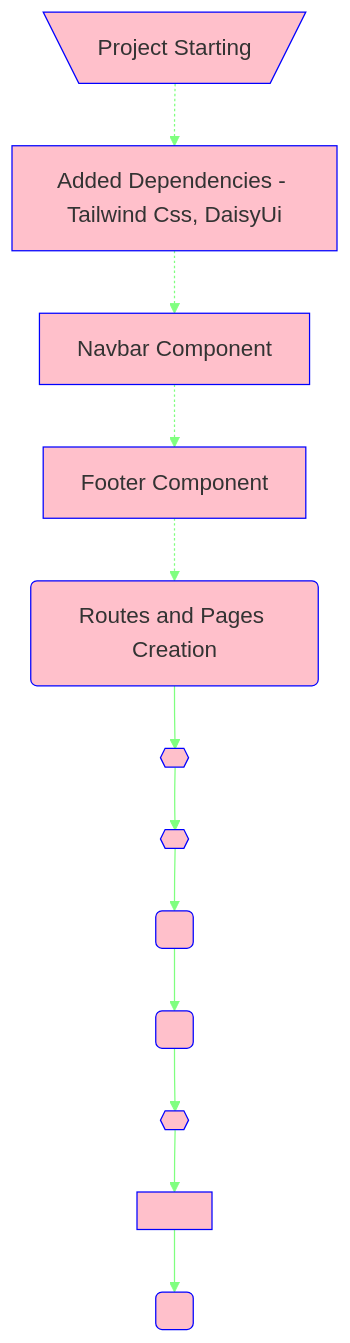
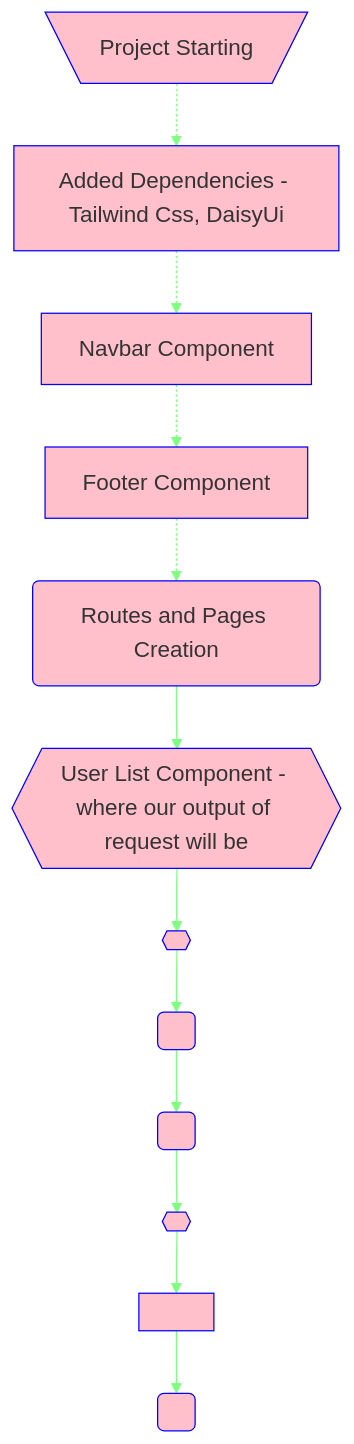
The diagram in README.md (imnakul/Github-Finder_using_Vite.js), drawn with Mermaid before and after one commit. The commit also changed 7 other files, not shown here.

````diff
--- a/README.md
+++ b/README.md
@@ -19,17 +19,17 @@
 ```mermaid
 %%{init: {'theme': 'base', 'themeVariables': { 'fontSize': '18px', 'fontFamily': 'Algerian' , 'primaryBorderColor': 'blue' , 'background' : 'purple', 'mainBkg': 'pink'}}}%%
 flowchart TD
    1[\Project Starting/]
    -.-> 2[Added Dependencies - Tailwind Css, DaisyUi ]
    -.-> 3[Navbar Component]
    -.-> 4[Footer Component]
    -.-> 5
     5(Routes and Pages Creation) --> B
-    B{{ }}
+    B{{User List Component - where our output of request will be }}
     B --> C{{ }}
      --> D( )
      --> E( )
      --> F{{ }}
      --> G[ ]
      --> M( )
 ```
````
